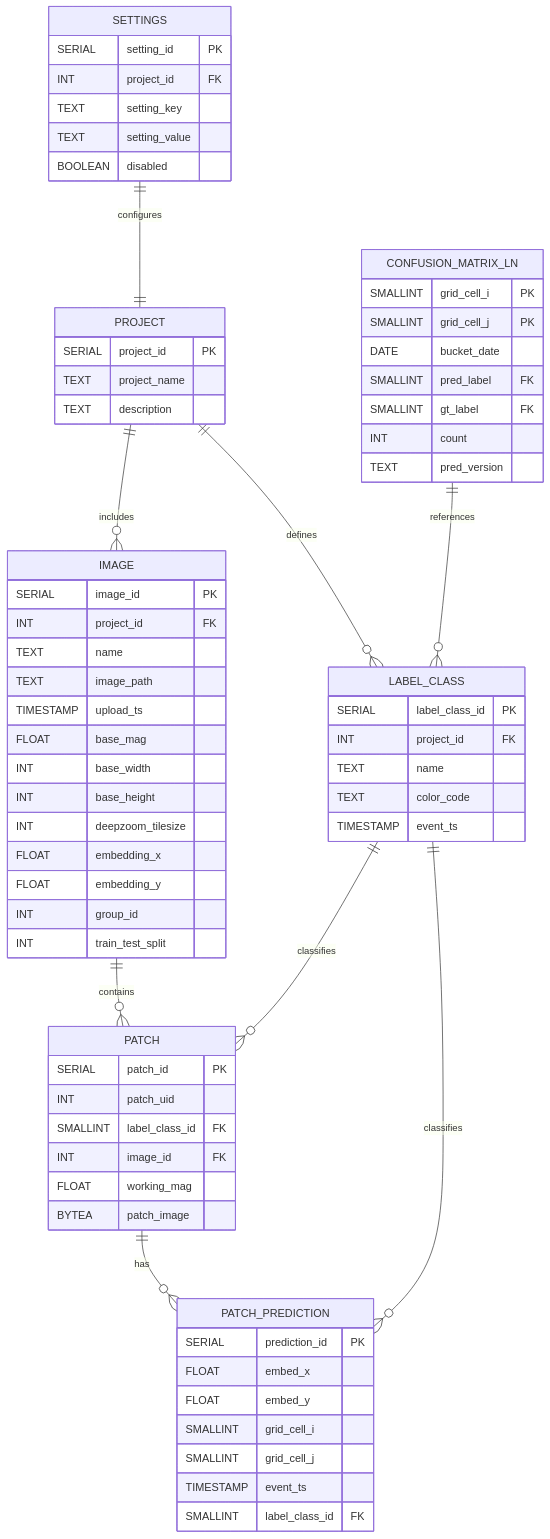
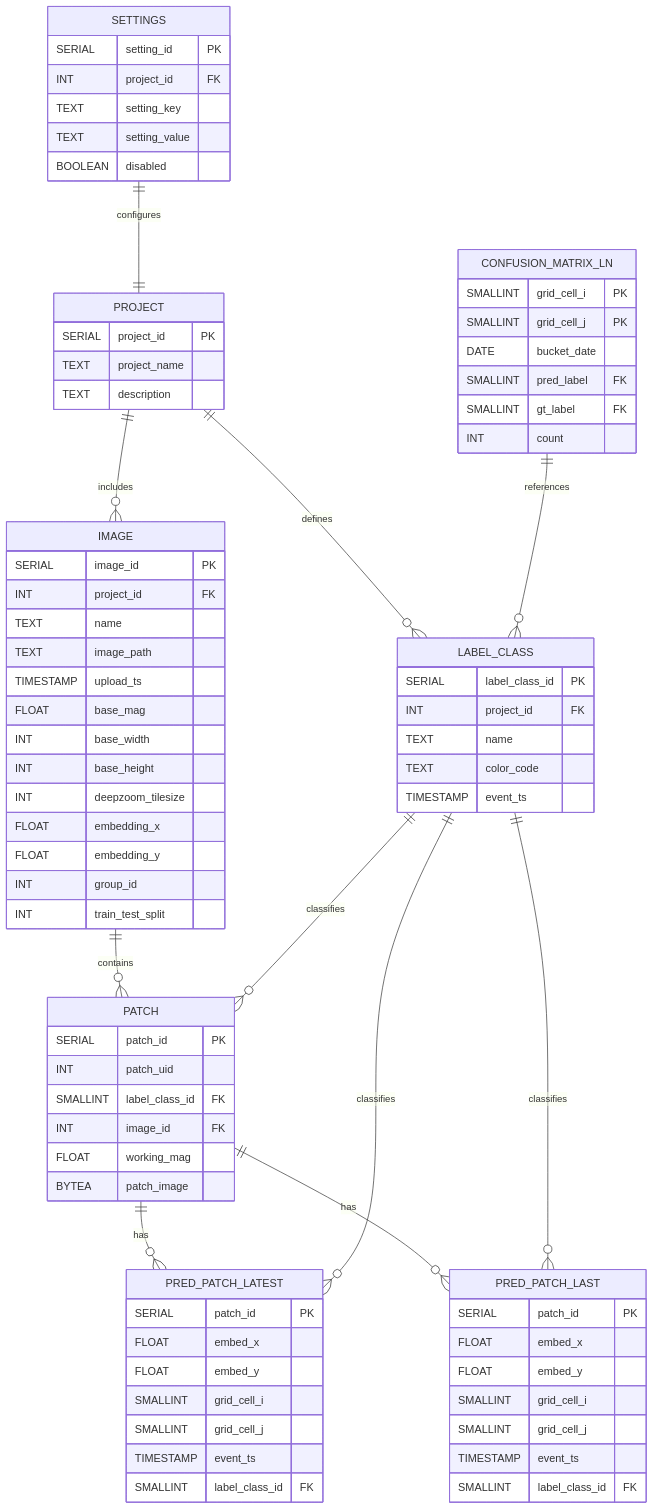
The diagram in docs/source/design_material_draft2/db_technical_design.md (choosehappy/PatchSorter), drawn with Mermaid before and after one commit. The commit also changed other lines of this file and 2 other files, not shown here.

First line of the commit message:
Refactor database schema for distributed architecture and add Ray technical design documentation

````diff
--- a/docs/source/design_material_draft2/db_technical_design.md
+++ b/docs/source/design_material_draft2/db_technical_design.md
@@ -98,74 +127,82 @@
 ```{mermaid}
 erDiagram
     SETTINGS {
         SERIAL setting_id PK
         INT project_id FK
         TEXT setting_key
         TEXT setting_value
         BOOLEAN disabled
     }
     PROJECT {
         SERIAL project_id PK
         TEXT project_name
         TEXT description
     }
     IMAGE {
         SERIAL image_id PK
         INT project_id FK
         TEXT name
         TEXT image_path
         TIMESTAMP upload_ts
         FLOAT base_mag
         INT base_width
         INT base_height
         INT deepzoom_tilesize
         FLOAT embedding_x
         FLOAT embedding_y
         INT group_id
         INT train_test_split
     }
     LABEL_CLASS {
         SERIAL label_class_id PK
         INT project_id FK
         TEXT name
         TEXT color_code
         TIMESTAMP event_ts
     }
     PATCH {
         SERIAL patch_id PK
         INT patch_uid
         SMALLINT label_class_id FK
         INT image_id FK
         FLOAT working_mag
         BYTEA patch_image
     }
-    PATCH_PREDICTION {
-        SERIAL prediction_id PK
+    PRED_PATCH_LATEST {
+        SERIAL patch_id PK
         FLOAT embed_x
         FLOAT embed_y
         SMALLINT grid_cell_i
         SMALLINT grid_cell_j
         TIMESTAMP event_ts
         SMALLINT label_class_id FK
     }
-
+    PRED_PATCH_LAST {
+        SERIAL patch_id PK
+        FLOAT embed_x
+        FLOAT embed_y
+        SMALLINT grid_cell_i
+        SMALLINT grid_cell_j
+        TIMESTAMP event_ts
+        SMALLINT label_class_id FK
+    }
     CONFUSION_MATRIX_LN {
         SMALLINT grid_cell_i PK
         SMALLINT grid_cell_j PK
         DATE bucket_date
         SMALLINT pred_label FK
         SMALLINT gt_label FK
         INT count
-        TEXT pred_version
     }
 
-    
     SETTINGS ||--|| PROJECT : "configures"
     PROJECT ||--o{ IMAGE : "includes"
     PROJECT ||--o{ LABEL_CLASS : "defines"
     IMAGE ||--o{ PATCH : "contains"
-    PATCH ||--o{ PATCH_PREDICTION : "has"
+    PATCH ||--o{ PRED_PATCH_LATEST : "has"
+    PATCH ||--o{ PRED_PATCH_LAST : "has"
     LABEL_CLASS ||--o{ PATCH : "classifies"
-    LABEL_CLASS ||--o{ PATCH_PREDICTION : "classifies"
+    LABEL_CLASS ||--o{ PRED_PATCH_LATEST : "classifies"
+    LABEL_CLASS ||--o{ PRED_PATCH_LAST : "classifies"
     CONFUSION_MATRIX_LN ||--o{ LABEL_CLASS : "references"
 ```
````
